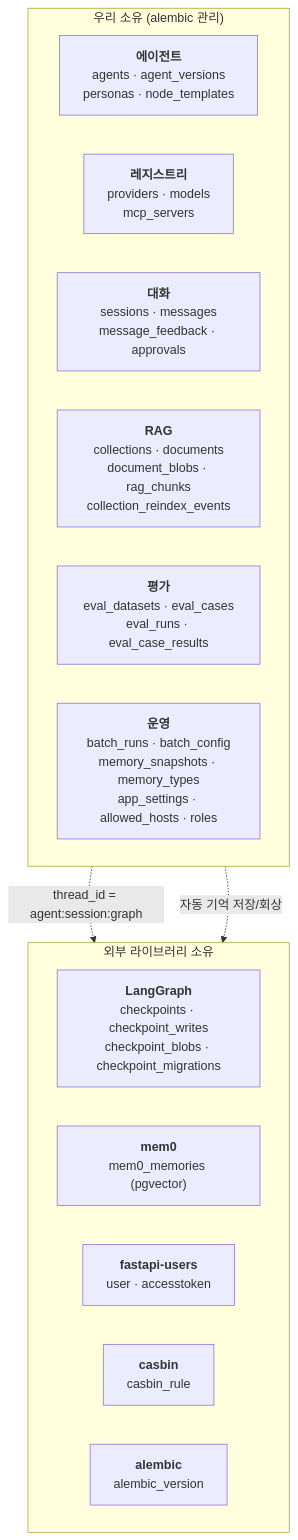
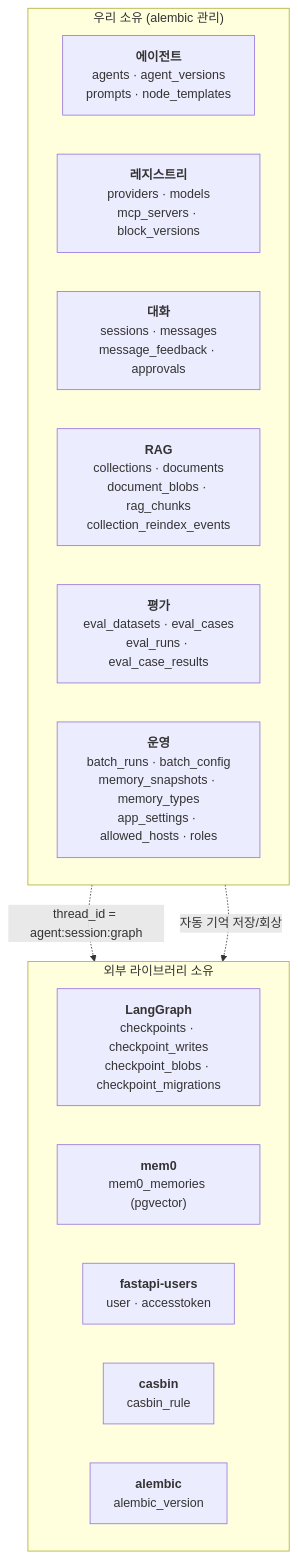
The first of 6 diagrams in docs/db-model.md (loveqoo/my-agents), drawn with Mermaid before and after one commit. The commit also changed other lines of this file and 23 other files, not shown here.

````diff
--- a/docs/db-model.md
+++ b/docs/db-model.md
@@ -30,22 +33,22 @@
 ```mermaid
 flowchart TB
     subgraph OURS["우리 소유 (alembic 관리)"]
         direction LR
-        A["`**에이전트**<br/>agents · agent_versions<br/>personas · node_templates`"]
-        B["`**레지스트리**<br/>providers · models<br/>mcp_servers`"]
+        A["`**에이전트**<br/>agents · agent_versions<br/>prompts · node_templates`"]
+        B["`**레지스트리**<br/>providers · models<br/>mcp_servers · block_versions`"]
         C["`**대화**<br/>sessions · messages<br/>message_feedback · approvals`"]
         D["`**RAG**<br/>collections · documents<br/>document_blobs · rag_chunks<br/>collection_reindex_events`"]
         E["`**평가**<br/>eval_datasets · eval_cases<br/>eval_runs · eval_case_results`"]
         F["`**운영**<br/>batch_runs · batch_config<br/>memory_snapshots · memory_types<br/>app_settings · allowed_hosts · roles`"]
     end
     subgraph THEIRS["외부 라이브러리 소유"]
         direction LR
         G["`**LangGraph**<br/>checkpoints · checkpoint_writes<br/>checkpoint_blobs · checkpoint_migrations`"]
         H["`**mem0**<br/>mem0_memories (pgvector)`"]
         I["`**fastapi-users**<br/>user · accesstoken`"]
         J["`**casbin**<br/>casbin_rule`"]
         K["`**alembic**<br/>alembic_version`"]
     end
     C -.->|"thread_id = agent:session:graph"| G
     C -.->|"자동 기억 저장/회상"| H
 ```
````
